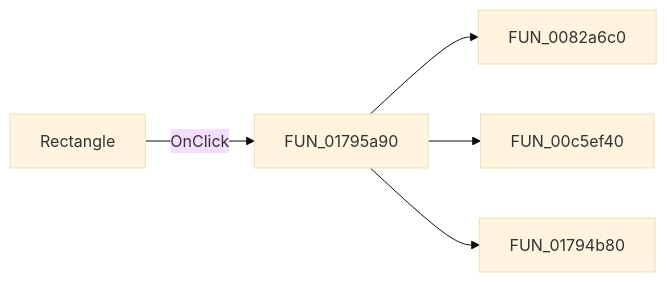
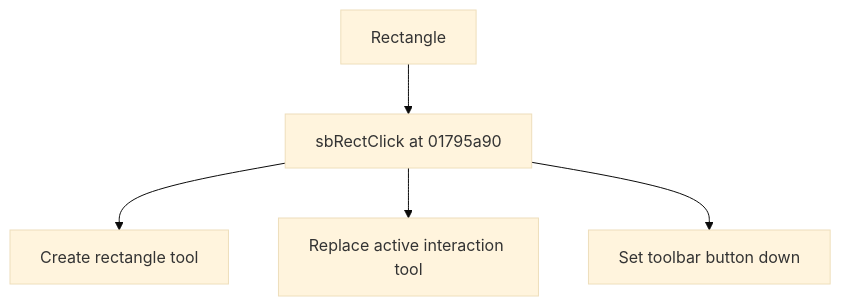
Before and after one commit to MovGP0/TIARA: the diagram in docs/ui-controls/shapeedit/sbrect-123d49a8d5.md, drawn with Mermaid (base theme). The commit also changed other lines of this file and 1062 other files, not shown here.

````diff
--- a/docs/ui-controls/shapeedit/sbrect-123d49a8d5.md
+++ b/docs/ui-controls/shapeedit/sbrect-123d49a8d5.md
@@ -27,7 +27,7 @@
 ```mermaid
-flowchart LR
-    control["Rectangle"] -->|OnClick| handler["FUN_01795a90"]
-    handler --> call1["FUN_0082a6c0"]
-    handler --> call2["FUN_00c5ef40"]
-    handler --> call3["FUN_01794b80"]
+flowchart TD
+    control["Rectangle"] --> handler["sbRectClick at 01795a90"]
+    handler --> step1["Create rectangle tool"]
+    handler --> step2["Replace active interaction tool"]
+    handler --> step3["Set toolbar button down"]
 ```
````
